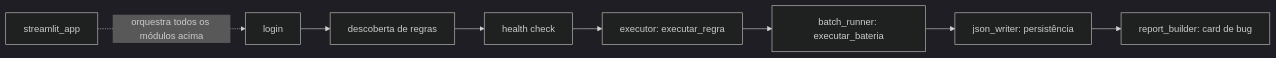
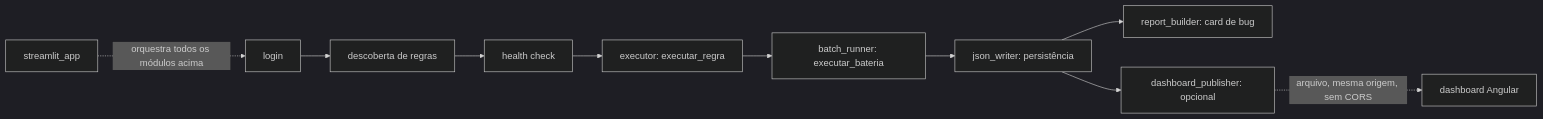
The diagram in docs/ARCHITECTURE.md (Juhdev2022/edi-test-runner), drawn with Mermaid (dark theme) before and after one commit. The commit also changed other lines of this file and 7 other files, not shown here.

````diff
--- a/docs/ARCHITECTURE.md
+++ b/docs/ARCHITECTURE.md
@@ -7,10 +7,12 @@
 ```mermaid
 flowchart LR
     A[login] --> B[descoberta de regras]
     B --> C[health check]
     C --> D[executor: executar_regra]
     D --> E[batch_runner: executar_bateria]
     E --> F[json_writer: persistência]
     F --> G[report_builder: card de bug]
+    F --> I[dashboard_publisher: opcional]
+    I -.arquivo, mesma origem, sem CORS.-> J[dashboard Angular]
     H[streamlit_app] -.orquestra todos os módulos acima.-> A
 ```
````
